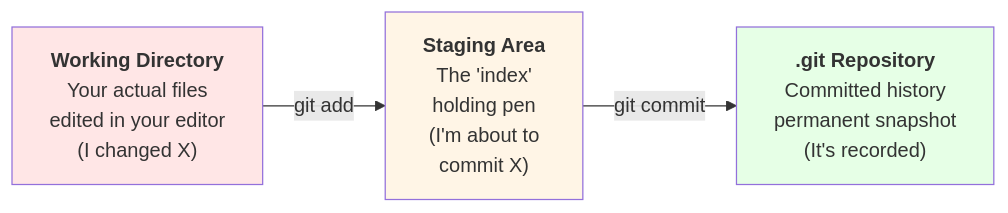
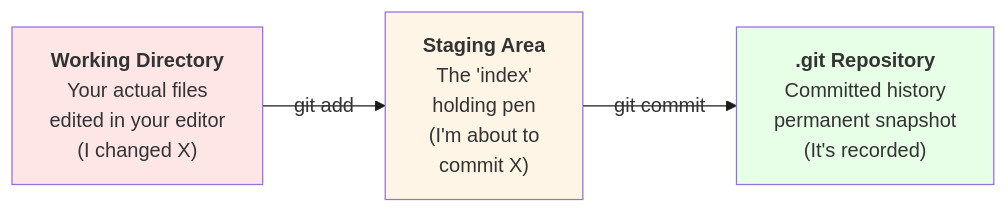
Before and after one commit to mohammedsaif001/full-stack-engineering-notes: the second of 8 diagrams in 02-github/Github.md, drawn with Mermaid. The commit also changed other lines of this file, not shown here.

````diff
--- a/02-github/Github.md
+++ b/02-github/Github.md
@@ -190,14 +190,14 @@
 ```mermaid
-%%{init: {'theme': 'default', 'themeVariables': { 'primaryColor': '#fff5e6', 'primaryTextColor': '#000', 'primaryBorderColor': '#0066cc'}} }%%
+%%{init: {'theme': 'default', 'themeVariables': { 'primaryColor': '#fff5e6', 'primaryTextColor': '#000', 'primaryBorderColor': '#1a1a1a', 'lineColor': '#1a1a1a', 'secondBkgColor': '#e6f0ff', 'tertiaryBkgColor': '#f0e6ff', 'edgeLabelBackground': {'backgroundColor': '#ffffff'}, 'tertiaryTextColor': '#000'}} }%%
 graph LR
     WD["<b>Working Directory</b><br/>Your actual files<br/>edited in your editor<br/>(I changed X)"]
     SA["<b>Staging Area</b><br/>The 'index'<br/>holding pen<br/>(I'm about to<br/>commit X)"]
     REPO["<b>.git Repository</b><br/>Committed history<br/>permanent snapshot<br/>(It's recorded)"]
     
     WD -->|git add| SA
     SA -->|git commit| REPO
     
     style WD fill:#ffe6e6
     style SA fill:#fff5e6
     style REPO fill:#e6ffe6
 ```
````
